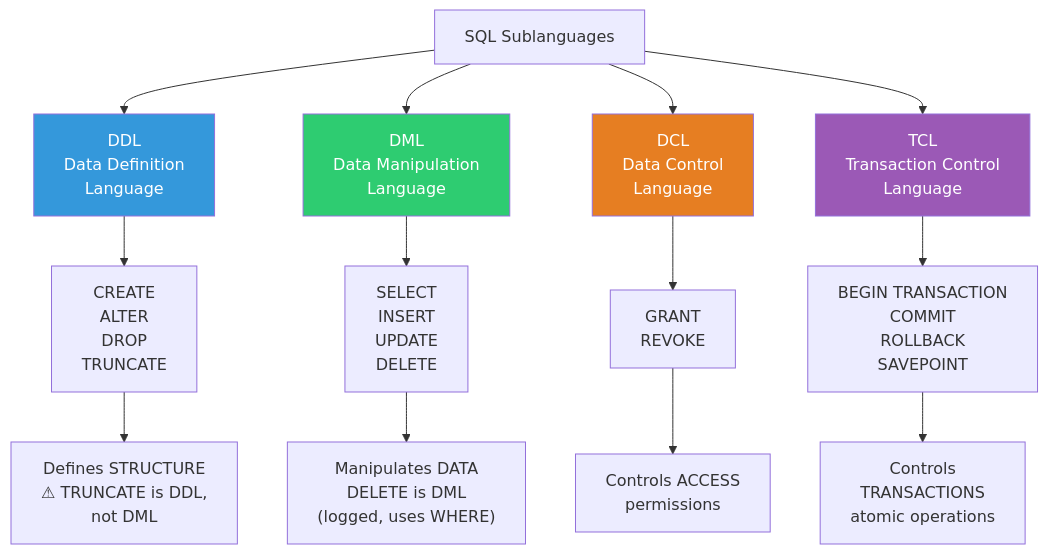
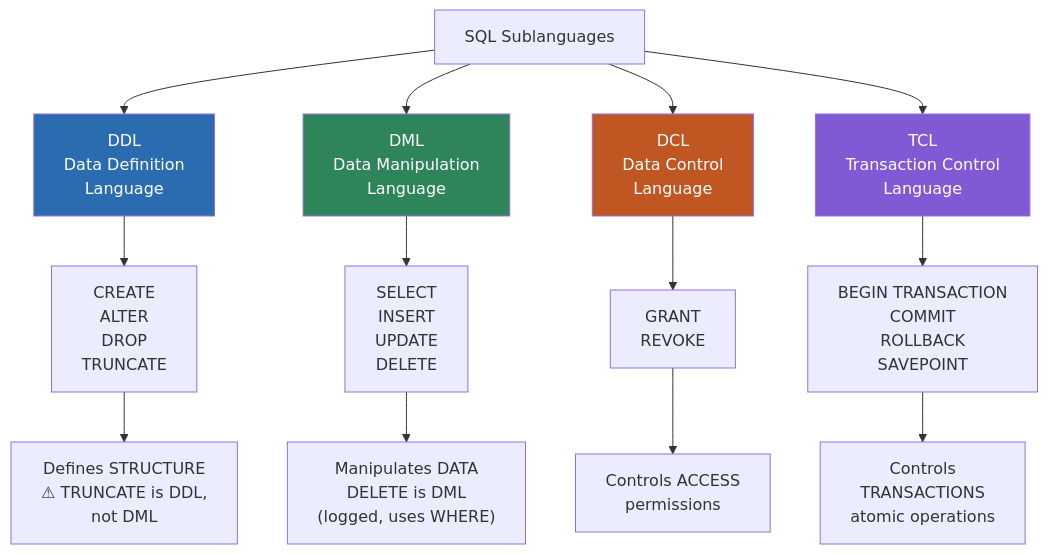
The sixth of 39 diagrams in 07-Visual-Study-Diagrams.md (George-API/CompTIA_DataSys_Study_Guide), drawn with Mermaid before and after one commit. The commit also changed other lines of this file, not shown here.

Commit message:
Improvements to visual study mermaid diagrams

````diff
--- a/07-Visual-Study-Diagrams.md
+++ b/07-Visual-Study-Diagrams.md
@@ -118,24 +118,24 @@
 ```mermaid
 flowchart TD
     SQL["SQL Sublanguages"] --> DDL & DML & DCL & TCL
 
-    DDL["DDL\nData Definition\nLanguage"]
-    DML["DML\nData Manipulation\nLanguage"]
-    DCL["DCL\nData Control\nLanguage"]
-    TCL["TCL\nTransaction Control\nLanguage"]
+    DDL["DDL<br/>Data Definition<br/>Language"]
+    DML["DML<br/>Data Manipulation<br/>Language"]
+    DCL["DCL<br/>Data Control<br/>Language"]
+    TCL["TCL<br/>Transaction Control<br/>Language"]
 
-    DDL --> DDL_S["CREATE\nALTER\nDROP\nTRUNCATE"]
-    DML --> DML_S["SELECT\nINSERT\nUPDATE\nDELETE"]
-    DCL --> DCL_S["GRANT\nREVOKE"]
-    TCL --> TCL_S["BEGIN TRANSACTION\nCOMMIT\nROLLBACK\nSAVEPOINT"]
+    DDL --> DDL_S["CREATE<br/>ALTER<br/>DROP<br/>TRUNCATE"]
+    DML --> DML_S["SELECT<br/>INSERT<br/>UPDATE<br/>DELETE"]
+    DCL --> DCL_S["GRANT<br/>REVOKE"]
+    TCL --> TCL_S["BEGIN TRANSACTION<br/>COMMIT<br/>ROLLBACK<br/>SAVEPOINT"]
 
-    DDL_S --> DDL_N["Defines STRUCTURE\n⚠ TRUNCATE is DDL,\nnot DML"]
-    DML_S --> DML_N["Manipulates DATA\nDELETE is DML\n(logged, uses WHERE)"]
-    DCL_S --> DCL_N["Controls ACCESS\npermissions"]
-    TCL_S --> TCL_N["Controls\nTRANSACTIONS\natomic operations"]
+    DDL_S --> DDL_N["Defines STRUCTURE<br/>⚠ TRUNCATE is DDL,<br/>not DML"]
+    DML_S --> DML_N["Manipulates DATA<br/>DELETE is DML<br/>(logged, uses WHERE)"]
+    DCL_S --> DCL_N["Controls ACCESS<br/>permissions"]
+    TCL_S --> TCL_N["Controls<br/>TRANSACTIONS<br/>atomic operations"]
 
-    style DDL fill:#3498db,color:#fff
-    style DML fill:#2ecc71,color:#fff
-    style DCL fill:#e67e22,color:#fff
-    style TCL fill:#9b59b6,color:#fff
+    style DDL fill:#2B6CB0,color:#fff
+    style DML fill:#2F855A,color:#fff
+    style DCL fill:#C05621,color:#fff
+    style TCL fill:#805AD5,color:#fff
 ```
````
